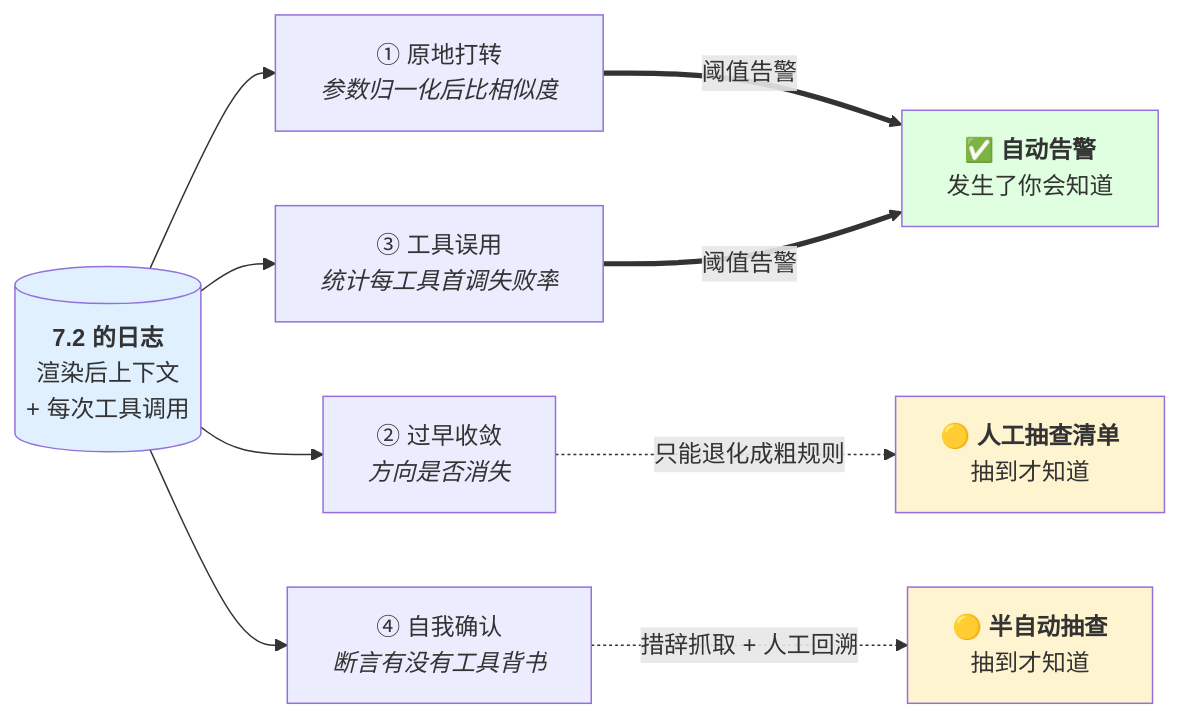
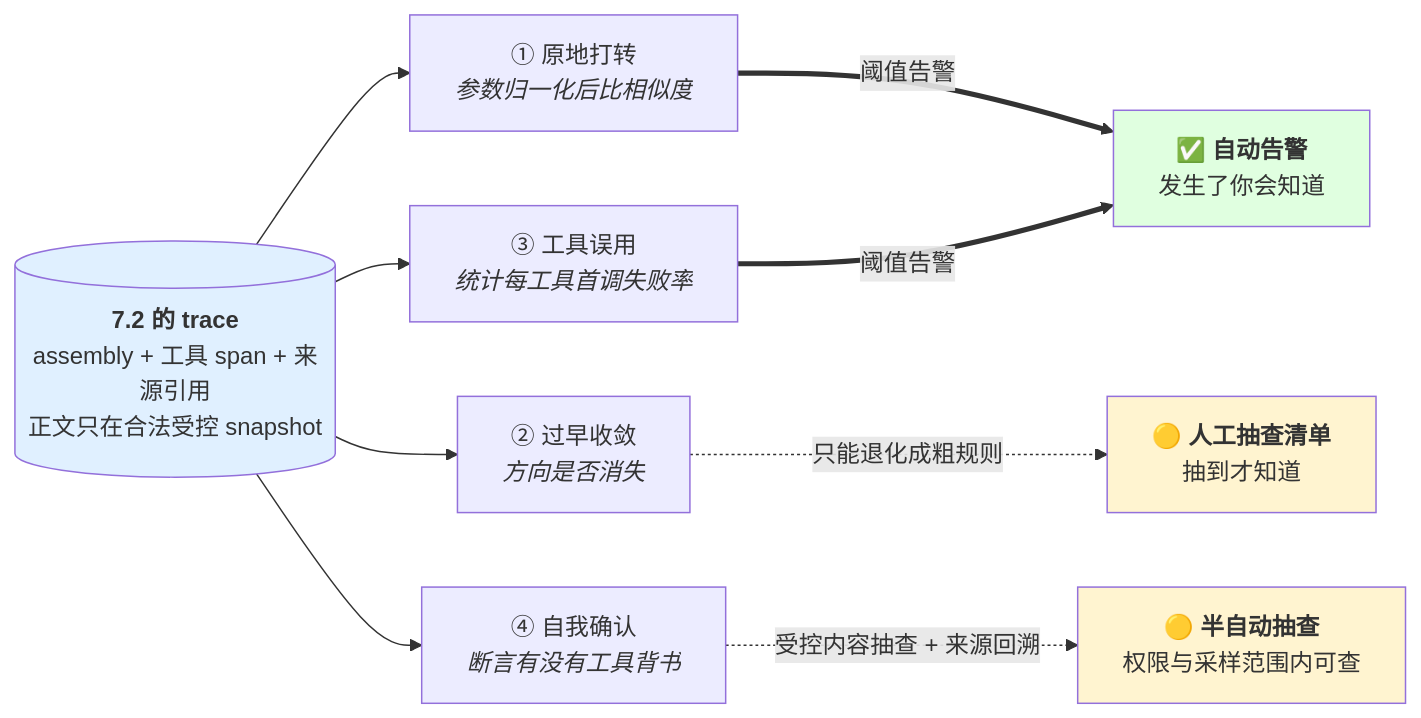
Before and after one commit to didadila/ai-agent-handbook: the second of 11 diagrams in handbook/ai-agent/07-失败模式与工程化.md, drawn with Mermaid. The commit also changed other lines of this file and 211 other files, not shown here.

````diff
--- a/handbook/ai-agent/07-失败模式与工程化.md
+++ b/handbook/ai-agent/07-失败模式与工程化.md
@@ -133,19 +133,19 @@
 ```mermaid
 flowchart LR
-    LOG[("<b>7.2 的日志</b><br/>渲染后上下文<br/>+ 每次工具调用")]
+    LOG[("<b>7.2 的 trace</b><br/>assembly + 工具 span + 来源引用<br/>正文只在合法受控 snapshot")]
 
     LOG --> A1["① 原地打转<br/><i>参数归一化后比相似度</i>"]
     LOG --> A3["③ 工具误用<br/><i>统计每工具首调失败率</i>"]
     LOG --> A2["② 过早收敛<br/><i>方向是否消失</i>"]
     LOG --> A4["④ 自我确认<br/><i>断言有没有工具背书</i>"]
 
     A1 ==>|"阈值告警"| ALERT["✅ <b>自动告警</b><br/>发生了你会知道"]
     A3 ==>|"阈值告警"| ALERT
-    A4 -.->|"措辞抓取 + 人工回溯"| SEMI["🟡 <b>半自动抽查</b><br/>抽到才知道"]
+    A4 -.->|"受控内容抽查 + 来源回溯"| SEMI["🟡 <b>半自动抽查</b><br/>权限与采样范围内可查"]
     A2 -.->|"只能退化成粗规则"| MANUAL["🟡 <b>人工抽查清单</b><br/>抽到才知道"]
 
     style LOG fill:#e0f0ff
     style ALERT fill:#e0ffe0
     style SEMI fill:#fff4d0
     style MANUAL fill:#fff4d0
 ```
````
